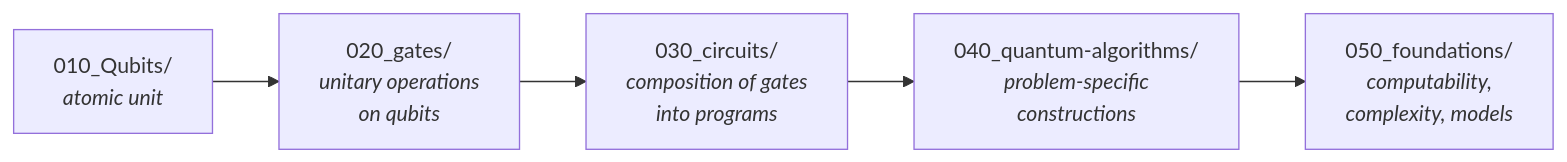
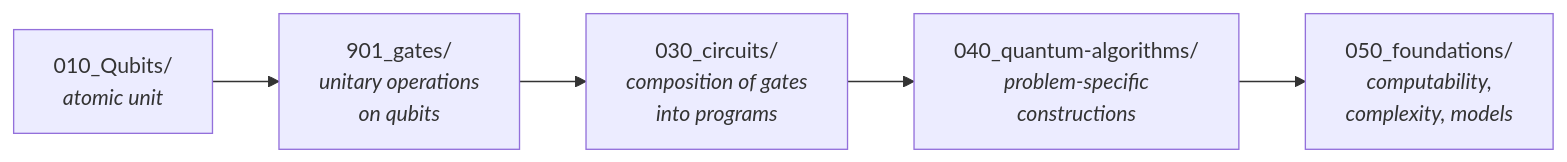
One commit to AmedeoPelliccia/Qplus-For-All-Queer-People-and-Quantum changed the diagram in Q+ATLANTIDE/900-999_QCSAA/900-909_Fundamentos-de-Computacion-Cuantica/00_INDEX.md. Above: the diagram before and after it, drawn with Mermaid. The commit also changed other lines of this file and 17 other files, not shown here.

````diff
--- a/Q+ATLANTIDE/900-999_QCSAA/900-909_Fundamentos-de-Computacion-Cuantica/00_INDEX.md
+++ b/Q+ATLANTIDE/900-999_QCSAA/900-909_Fundamentos-de-Computacion-Cuantica/00_INDEX.md
@@ -35,7 +35,7 @@
 ```mermaid
 flowchart LR
-    A["010_Qubits/<br/><i>atomic unit</i>"] --> B["020_gates/<br/><i>unitary operations<br/>on qubits</i>"]
+    A["010_Qubits/<br/><i>atomic unit</i>"] --> B["901_gates/<br/><i>unitary operations<br/>on qubits</i>"]
     B --> C["030_circuits/<br/><i>composition of gates<br/>into programs</i>"]
     C --> D["040_quantum-algorithms/<br/><i>problem-specific<br/>constructions</i>"]
     D --> E["050_foundations/<br/><i>computability,<br/>complexity, models</i>"]
 ```
````
